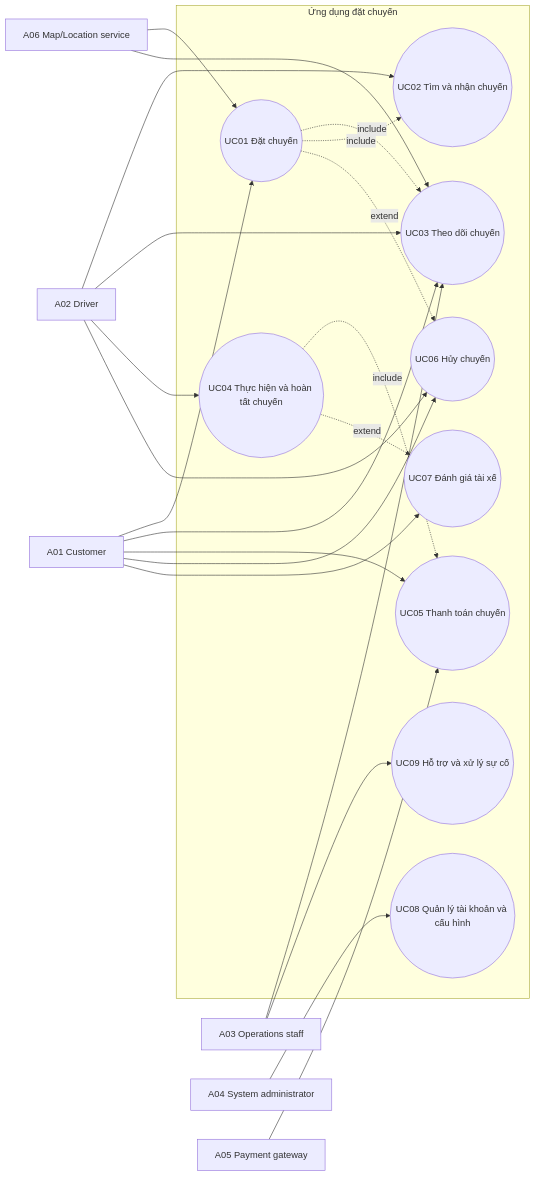
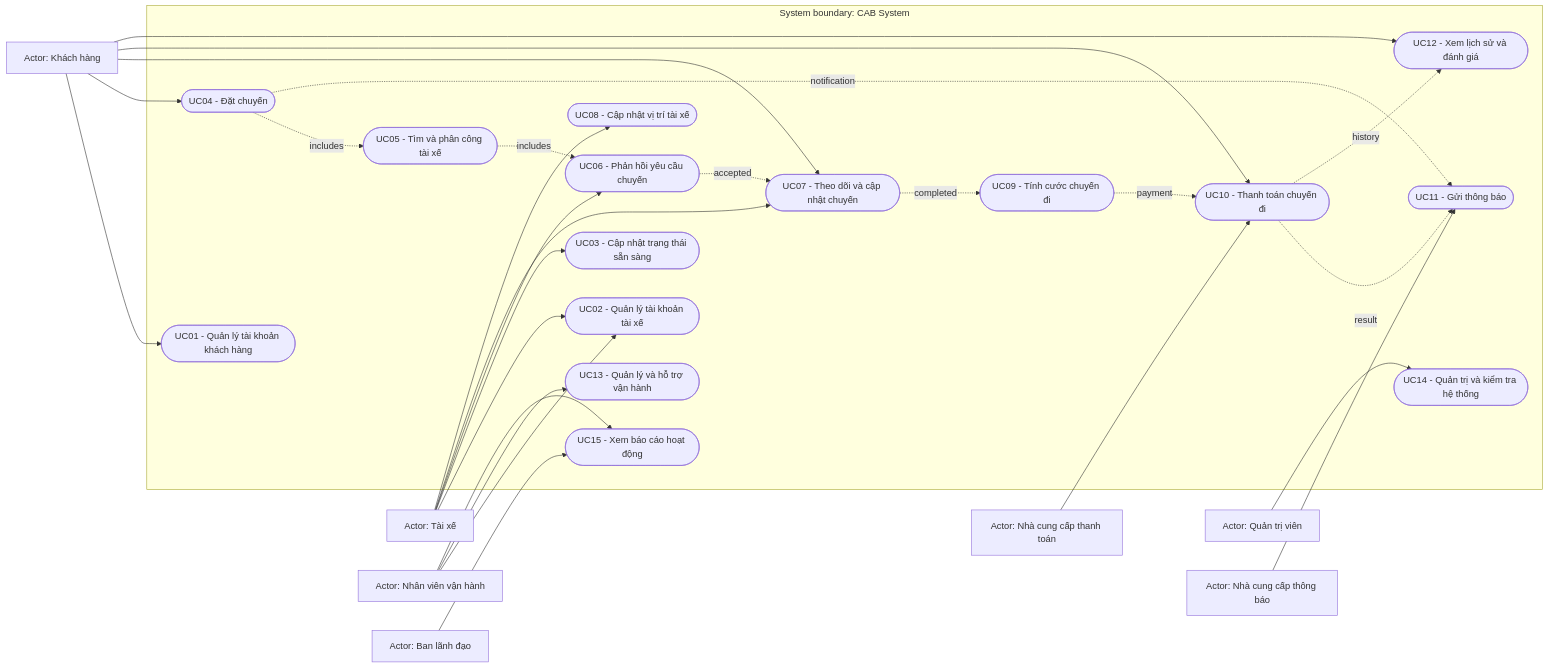
The fourth of 4 diagrams in srs.md (Ngyenvan/23631251_VanChanhNguyen_CABSYSTEM), drawn with Mermaid before and after one commit. The commit also changed other lines of this file, not shown here.

````diff
--- a/srs.md
+++ b/srs.md
@@ -355,42 +901,58 @@
- ```mermaid
- flowchart LR
-	 Customer["A01 Customer"]
-	 Driver["A02 Driver"]
-	 Operations["A03 Operations staff"]
-	 Admin["A04 System administrator"]
-	 Payment["A05 Payment gateway"]
-	 Map["A06 Map/Location service"]
+```mermaid
+flowchart LR
+    Customer[Actor: Khách hàng]
+    Driver[Actor: Tài xế]
+    Operator[Actor: Nhân viên vận hành]
+    Admin[Actor: Quản trị viên]
+    Leadership[Actor: Ban lãnh đạo]
+    PaymentProvider[Actor: Nhà cung cấp thanh toán]
+    NotificationProvider[Actor: Nhà cung cấp thông báo]
 
-	 subgraph GrabRide["Ứng dụng đặt chuyến"]
-		 UC01(("UC01 Đặt chuyến"))
-		 UC02(("UC02 Tìm và nhận chuyến"))
-		 UC03(("UC03 Theo dõi chuyến"))
-		 UC04(("UC04 Thực hiện và hoàn tất chuyến"))
-		 UC05(("UC05 Thanh toán chuyến"))
-		 UC06(("UC06 Hủy chuyến"))
-		 UC07(("UC07 Đánh giá tài xế"))
-		 UC08(("UC08 Quản lý tài khoản và cấu hình"))
-		 UC09(("UC09 Hỗ trợ và xử lý sự cố"))
-	 end
+    subgraph CAB[System boundary: CAB System]
+        UC01([UC01 - Quản lý tài khoản khách hàng])
+        UC02([UC02 - Quản lý tài khoản tài xế])
+        UC03([UC03 - Cập nhật trạng thái sẵn sàng])
+        UC04([UC04 - Đặt chuyến])
+        UC05([UC05 - Tìm và phân công tài xế])
+        UC06([UC06 - Phản hồi yêu cầu chuyến])
+        UC07([UC07 - Theo dõi và cập nhật chuyến])
+        UC08([UC08 - Cập nhật vị trí tài xế])
+        UC09([UC09 - Tính cước chuyến đi])
+        UC10([UC10 - Thanh toán chuyến đi])
+        UC11([UC11 - Gửi thông báo])
+        UC12([UC12 - Xem lịch sử và đánh giá])
+        UC13([UC13 - Quản lý và hỗ trợ vận hành])
+        UC14([UC14 - Quản trị và kiểm tra hệ thống])
+        UC15([UC15 - Xem báo cáo hoạt động])
 
-	 Customer --> UC01
-	 Customer --> UC03
-	 Customer --> UC05
-	 Customer --> UC06
-	 Customer --> UC07
-	 Driver --> UC02
-	 Driver --> UC03
-	 Driver --> UC04
-	 Driver --> UC06
-	 Payment --> UC05
-	 Map --> UC01
-	 Map --> UC03
-	 Operations --> UC03
-	 Operations --> UC09
-	 Admin --> UC08
-	 UC01 -. "include" .-> UC03
-	 UC01 -. "include" .-> UC02
-	 UC04 -. "include" .-> UC05
-	 UC04 -. "extend" .-> UC07
-	 UC01 -. "extend" .-> UC06
- ```
+        UC04 -. includes .-> UC05
+        UC05 -. includes .-> UC06
+        UC06 -. accepted .-> UC07
+        UC07 -. completed .-> UC09
+        UC09 -. payment .-> UC10
+        UC04 -. notification .-> UC11
+        UC10 -. result .-> UC11
+        UC10 -. history .-> UC12
+    end
+
+    Customer --> UC01
+    Customer --> UC04
+    Customer --> UC07
+    Customer --> UC10
+    Customer --> UC12
+
+    Driver --> UC02
+    Driver --> UC03
+    Driver --> UC06
+    Driver --> UC07
+    Driver --> UC08
+
+    Operator --> UC02
+    Operator --> UC13
+    Operator --> UC15
+    Leadership --> UC15
+
+    Admin --> UC14
+    PaymentProvider --> UC10
+    NotificationProvider --> UC11
+```
````
